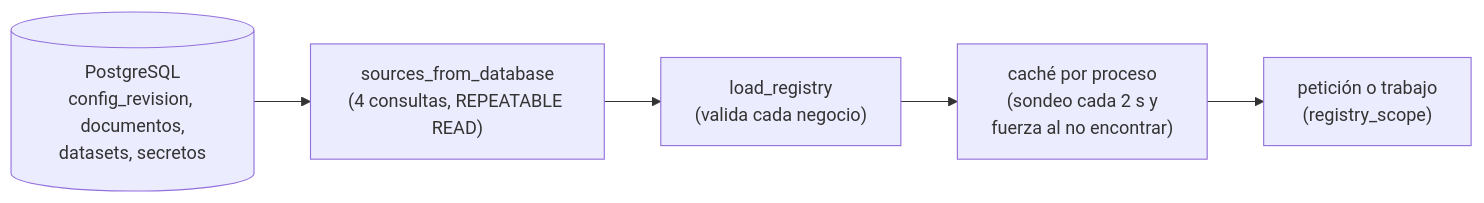
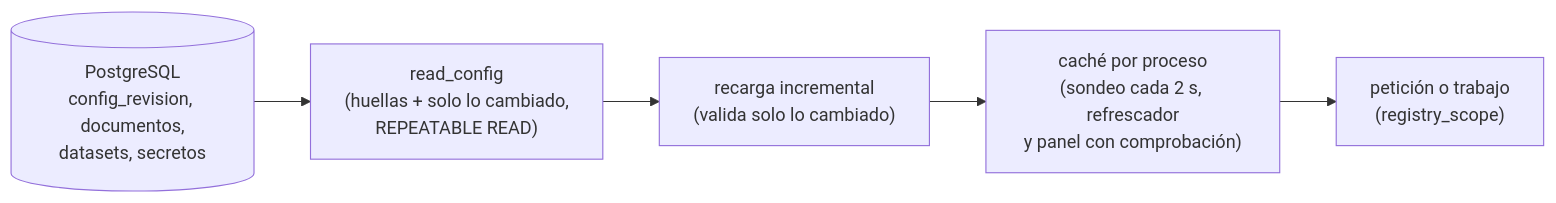
Before and after one commit to MarianodelRio/autobot: the diagram in docs/arquitectura/config-y-registro.md, drawn with Mermaid. The commit also changed other lines of this file and 66 other files, not shown here.

First line of the commit message:
Registry and panel: fixes from the review of the config propagation work

````diff
--- a/docs/arquitectura/config-y-registro.md
+++ b/docs/arquitectura/config-y-registro.md
@@ -76,9 +89,9 @@
 ```mermaid
 flowchart LR
     DB[("PostgreSQL<br/>config_revision, documentos,<br/>datasets, secretos")]
-    S["sources_from_database<br/>(4 consultas, REPEATABLE READ)"]
-    R["load_registry<br/>(valida cada negocio)"]
-    C["caché por proceso<br/>(sondeo cada 2 s y<br/>fuerza al no encontrar)"]
+    S["read_config<br/>(huellas + solo lo cambiado,<br/>REPEATABLE READ)"]
+    R["recarga incremental<br/>(valida solo lo cambiado)"]
+    C["caché por proceso<br/>(sondeo cada 2 s, refrescador<br/>y panel con comprobación)"]
     U["petición o trabajo<br/>(registry_scope)"]
     DB --> S --> R --> C --> U
 ```
````
